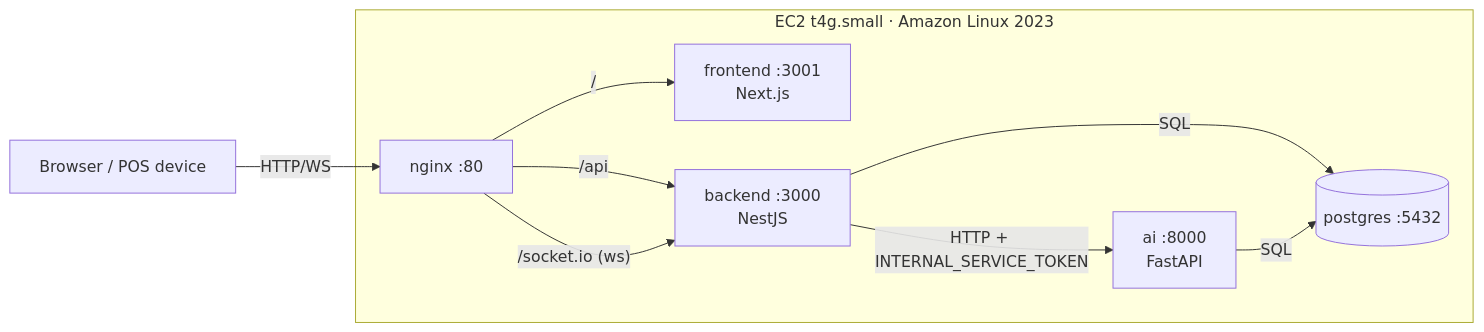
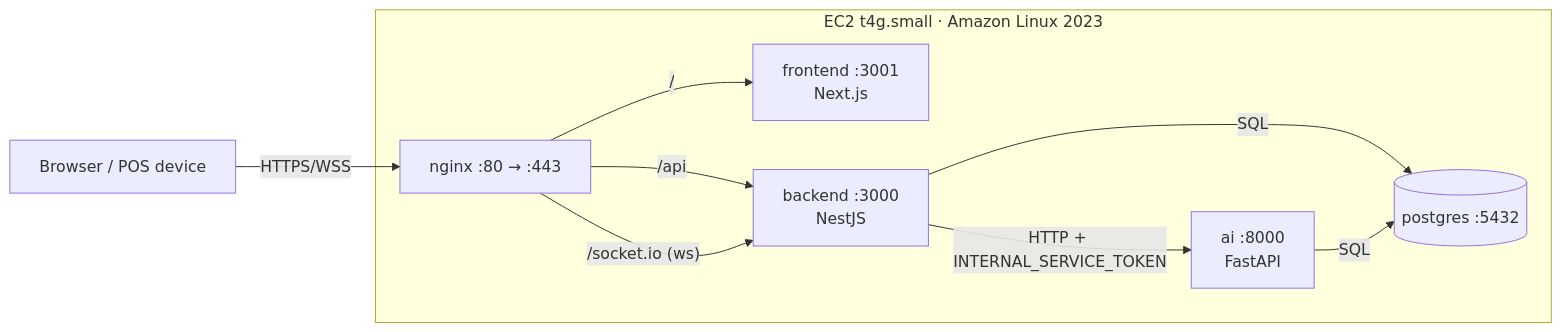
Before and after one commit to ThonkasM/maminco-infra: the diagram in README.md, drawn with Mermaid. The commit also changed other lines of this file and 46 other files, not shown here.

````diff
--- a/README.md
+++ b/README.md
@@ -24,18 +26,18 @@
 ```mermaid
 flowchart LR
     Browser["Browser / POS device"]
     subgraph EC2["EC2 t4g.small · Amazon Linux 2023"]
-        NX["nginx :80"]
+        NX["nginx :80 → :443"]
         FE["frontend :3001\nNext.js"]
         BE["backend :3000\nNestJS"]
         AI["ai :8000\nFastAPI"]
         PG[("postgres :5432")]
         NX -->|"/"| FE
         NX -->|"/api"| BE
         NX -->|"/socket.io (ws)"| BE
         BE -->|SQL| PG
         AI -->|SQL| PG
         BE -->|"HTTP + INTERNAL_SERVICE_TOKEN"| AI
     end
-    Browser -->|HTTP/WS| NX
+    Browser -->|HTTPS/WSS| NX
 ```
````
